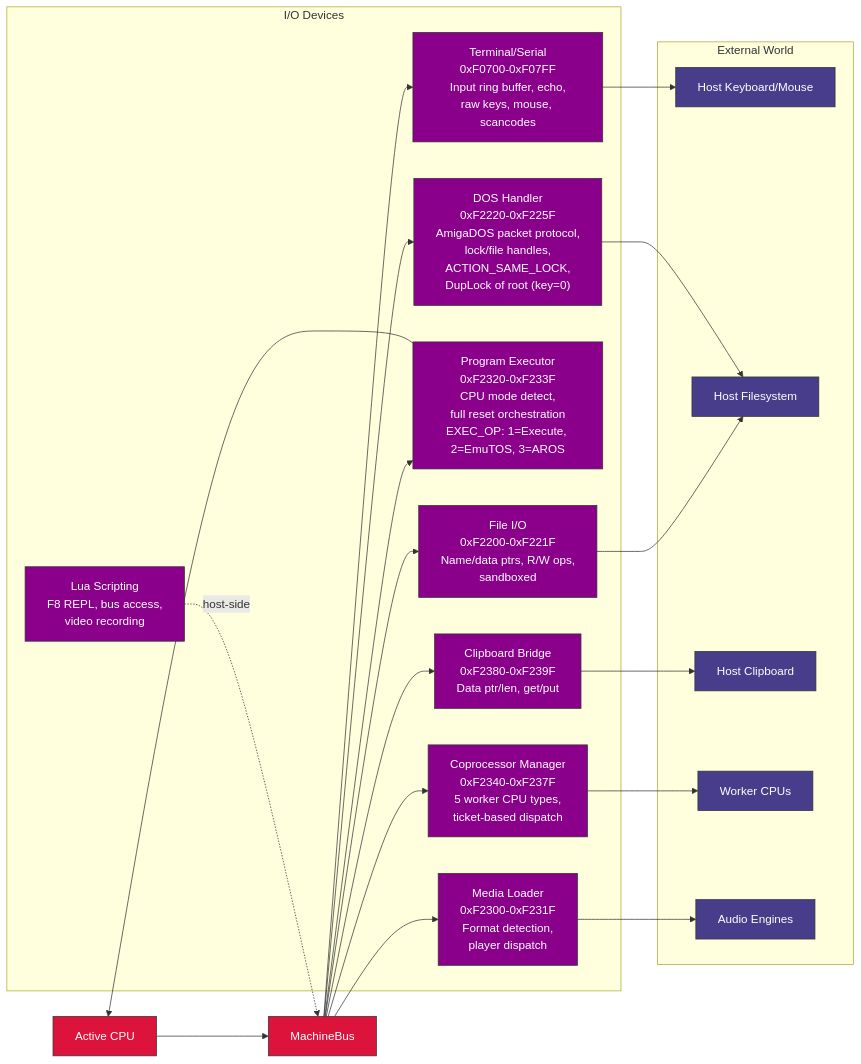
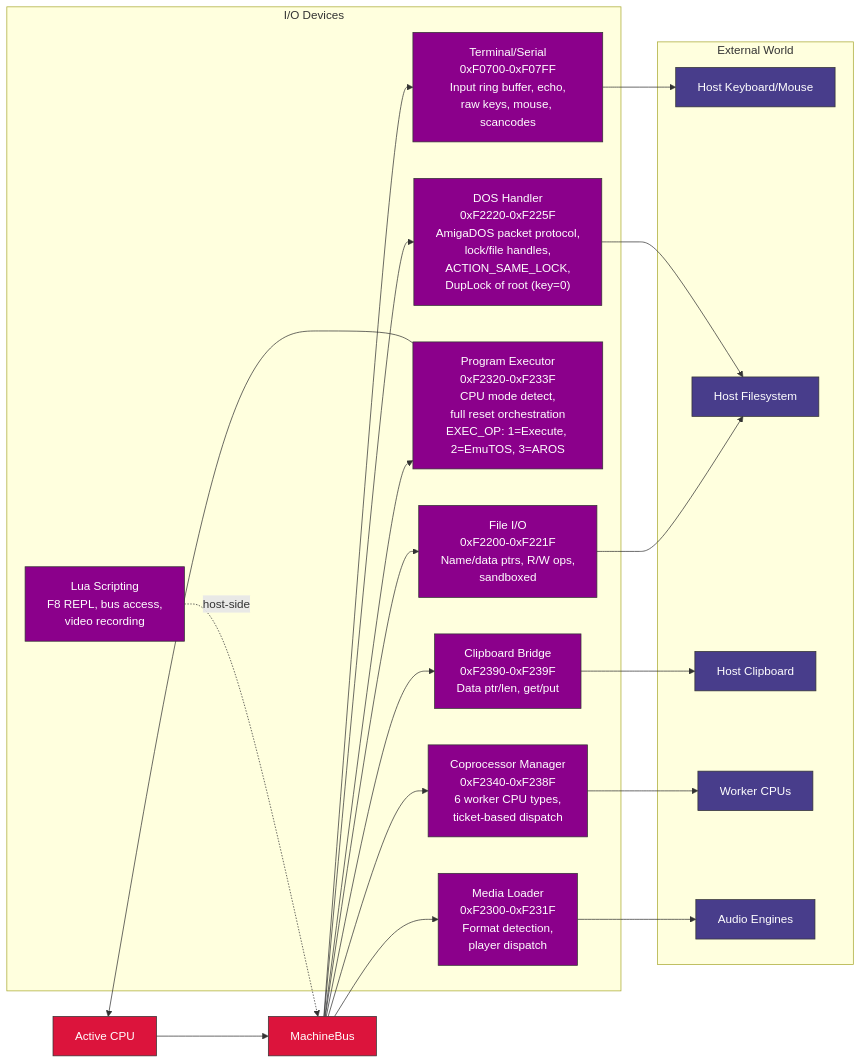
Before and after one commit to IntuitionAmiga/IntuitionEngine: the sixth of 9 diagrams in sdk/docs/architecture.md, drawn with Mermaid. The commit also changed other lines of this file and 25 other files, not shown here.

````diff
--- a/sdk/docs/architecture.md
+++ b/sdk/docs/architecture.md
@@ -666,49 +667,49 @@
 ```mermaid
 graph LR
     CPU["Active CPU"]
     BUS["MachineBus"]
     CPU --> BUS
 
     subgraph DEVS["I/O Devices"]
         TERM["Terminal/Serial<br/>0xF0700-0xF07FF<br/>Input ring buffer, echo,<br/>raw keys, mouse, scancodes"]
         FIO["File I/O<br/>0xF2200-0xF221F<br/>Name/data ptrs, R/W ops,<br/>sandboxed"]
         PEXEC["Program Executor<br/>0xF2320-0xF233F<br/>CPU mode detect,<br/>full reset orchestration<br/>EXEC_OP: 1=Execute, 2=EmuTOS, 3=AROS"]
-        COPRO["Coprocessor Manager<br/>0xF2340-0xF237F<br/>5 worker CPU types,<br/>ticket-based dispatch"]
-        CLIP["Clipboard Bridge<br/>0xF2380-0xF239F<br/>Data ptr/len, get/put"]
+        COPRO["Coprocessor Manager<br/>0xF2340-0xF238F<br/>6 worker CPU types,<br/>ticket-based dispatch"]
+        CLIP["Clipboard Bridge<br/>0xF2390-0xF239F<br/>Data ptr/len, get/put"]
         DOS["DOS Handler<br/>0xF2220-0xF225F<br/>AmigaDOS packet protocol,<br/>lock/file handles,<br/>ACTION_SAME_LOCK,<br/>DupLock of root (key=0)"]
         MEDIA["Media Loader<br/>0xF2300-0xF231F<br/>Format detection,<br/>player dispatch"]
         LUA["Lua Scripting<br/>F8 REPL, bus access,<br/>video recording"]
     end
 
     BUS --> TERM
     BUS --> FIO
     BUS --> PEXEC
     BUS --> COPRO
     BUS --> CLIP
     BUS --> DOS
     BUS --> MEDIA
     LUA -.->|"host-side"| BUS
 
     subgraph EXT["External World"]
         HOST_KB["Host Keyboard/Mouse"]
         HOST_FS["Host Filesystem"]
         HOST_CB["Host Clipboard"]
         CPUSUB["Worker CPUs"]
         AUDIO_E["Audio Engines"]
     end
 
     TERM --> HOST_KB
     FIO --> HOST_FS
     DOS --> HOST_FS
     CLIP --> HOST_CB
     PEXEC --> CPU
     COPRO --> CPUSUB
     MEDIA --> AUDIO_E
 
     classDef periph fill:#8B008B,stroke:#333,color:#fff
     classDef ext fill:#483D8B,stroke:#333,color:#fff
     classDef bus fill:#DC143C,stroke:#333,color:#fff
     class TERM,FIO,PEXEC,COPRO,CLIP,DOS,MEDIA,LUA periph
     class HOST_KB,HOST_FS,HOST_CB,CPUSUB,AUDIO_E ext
     class CPU,BUS bus
 ```
````
